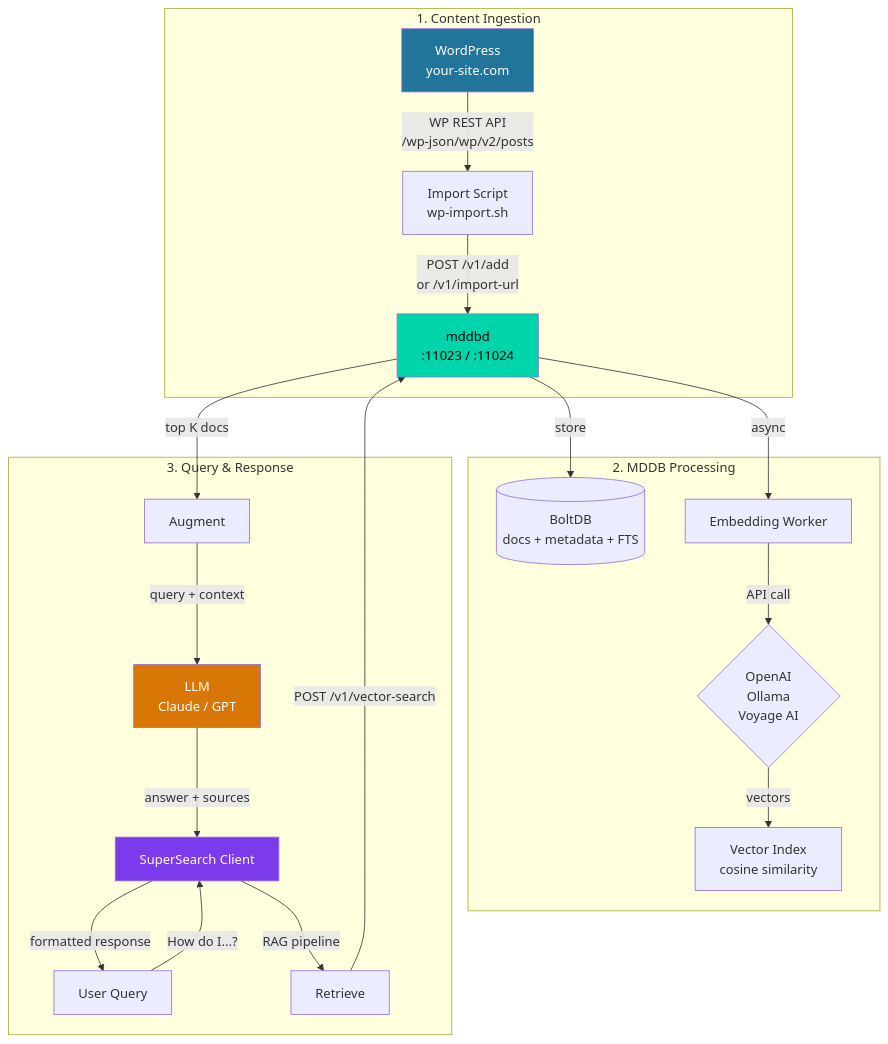
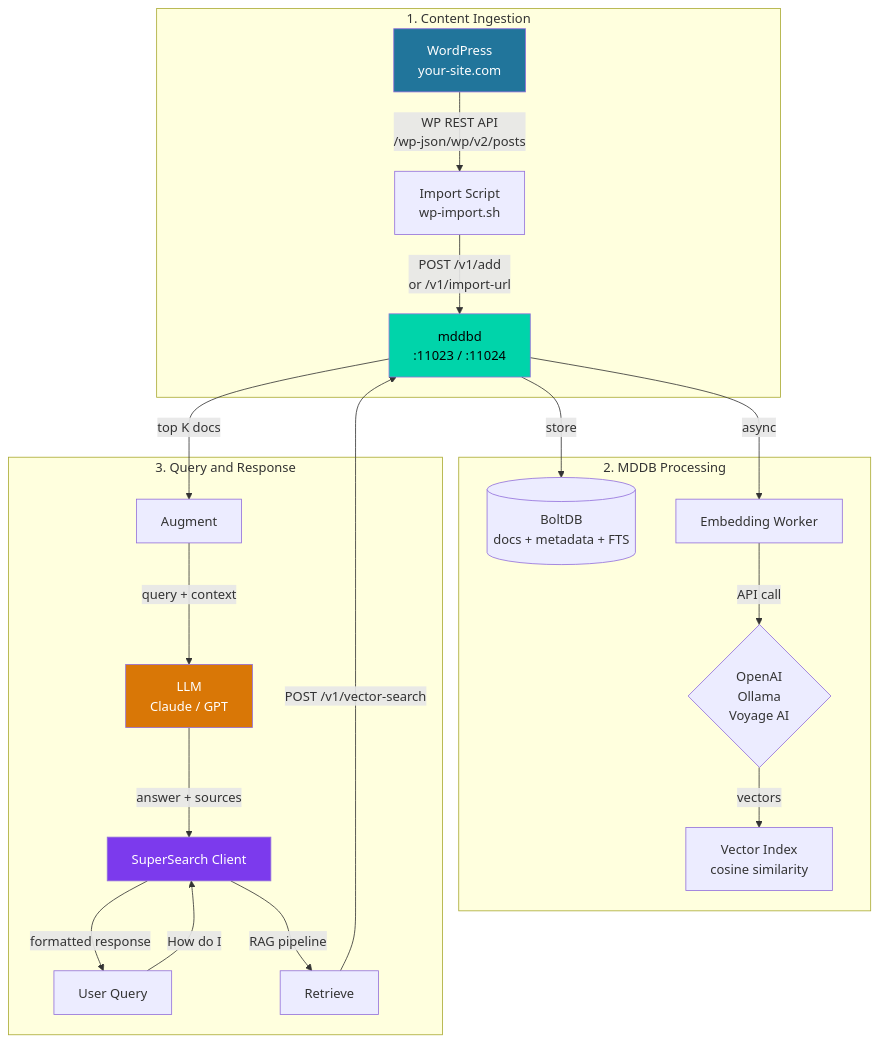
One commit to Rajendertyagi/Mddb changed the third of 4 diagrams in docs/RAG-PIPELINE.md. Above: the diagram before and after it, drawn with Mermaid. The commit also changed 1 other file, not shown here.

Commit message:
fix(docs): mermaid v11 syntax — quote subgraph ids explicitly
Mermaid 11.15.0 (used by mddb.tradik.com docs renderer) rejects bare
quoted subgraph titles starting with a digit + period:

    subgraph "1. Export"          # <-- Syntax error in text

The parser tries to interpret "1." as a number token and fails.
Canonical form for v11+ is an explicit id followed by a bracketed
quoted label:

    subgraph s1["1. Export"]

Also replaced em-dash (—) with ASCII hyphen and ampersand (&) with
"and" for additional parser robustness.

Fixed diagrams:
- docs/INTEGRATIONS.md  §5 Full WordPress Migration Pipeline
- docs/INTEGRATIONS.md  §10 Full Pipeline: All Integrations Together
- docs/RAG-PIPELINE.md  Complete Pipeline Diagram

````diff
--- a/docs/RAG-PIPELINE.md
+++ b/docs/RAG-PIPELINE.md
@@ -467,30 +467,30 @@
 ```mermaid
 graph TB
-    subgraph "1. Content Ingestion"
+    subgraph r1["1. Content Ingestion"]
         WP[WordPress<br>your-site.com] -->|WP REST API<br>/wp-json/wp/v2/posts| SCRIPT[Import Script<br>wp-import.sh]
         SCRIPT -->|POST /v1/add<br>or /v1/import-url| MDDBD
     end
 
-    subgraph "2. MDDB Processing"
+    subgraph r2["2. MDDB Processing"]
         MDDBD[mddbd<br>:11023 / :11024]
         MDDBD -->|store| BOLT[(BoltDB<br>docs + metadata + FTS)]
         MDDBD -->|async| WORKER[Embedding Worker]
         WORKER -->|API call| PROVIDER{OpenAI<br>Ollama<br>Voyage AI}
         PROVIDER -->|vectors| VIDX[Vector Index<br>cosine similarity]
     end
 
-    subgraph "3. Query & Response"
-        USER[User Query] -->|"How do I...?"| CLIENT
+    subgraph r3["3. Query and Response"]
+        USER[User Query] -->|How do I| CLIENT
         CLIENT[SuperSearch Client] -->|RAG pipeline| RETRIEVE
         RETRIEVE[Retrieve] -->|POST /v1/vector-search| MDDBD
         MDDBD -->|top K docs| AUGMENT[Augment]
         AUGMENT -->|query + context| LLM[LLM<br>Claude / GPT]
         LLM -->|answer + sources| CLIENT
         CLIENT -->|formatted response| USER
     end
 
     style WP fill:#21759b,color:#fff
     style MDDBD fill:#00d4aa,color:#000
     style LLM fill:#d97706,color:#fff
     style CLIENT fill:#7c3aed,color:#fff
 ```
````
